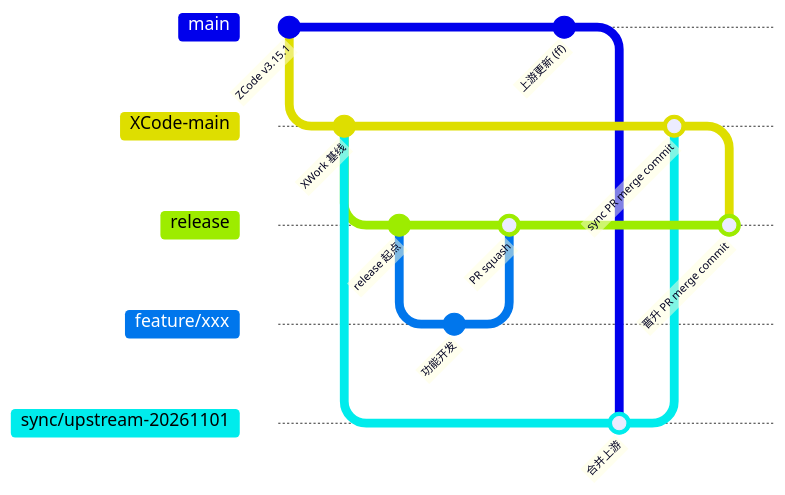
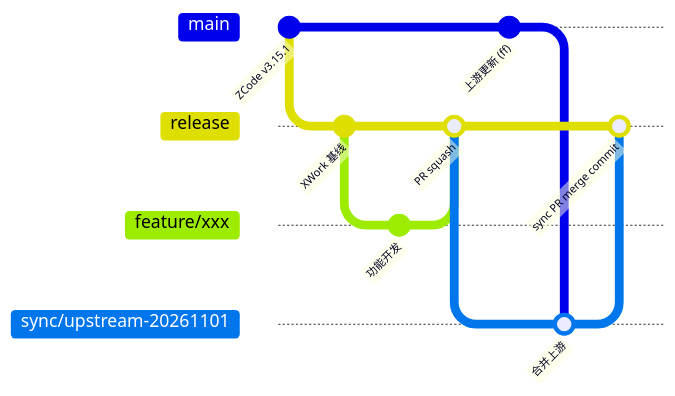
Before and after one commit to 978655242/XCode: the diagram in docs/xcode/BRANCHING.md, drawn with Mermaid. The commit also changed other lines of this file and 13 other files, not shown here.

First line of the commit message:
chore(branching): retire XCode-main, sync upstream into release (#17)

````diff
--- a/docs/xcode/BRANCHING.md
+++ b/docs/xcode/BRANCHING.md
@@ -24,21 +24,17 @@
 ```mermaid
 gitGraph
   commit id: "ZCode v3.15.1"
-  branch XCode-main
+  branch release
   commit id: "XWork 基线"
-  branch release
-  commit id: "release 起点"
   branch feature/xxx
   commit id: "功能开发"
   checkout release
   merge feature/xxx id: "PR squash"
   checkout main
   commit id: "上游更新 (ff)"
-  checkout XCode-main
+  checkout release
   branch sync/upstream-20261101
   merge main id: "合并上游"
-  checkout XCode-main
+  checkout release
   merge sync/upstream-20261101 id: "sync PR merge commit"
-  checkout release
-  merge XCode-main id: "晋升 PR merge commit"
 ```
````
